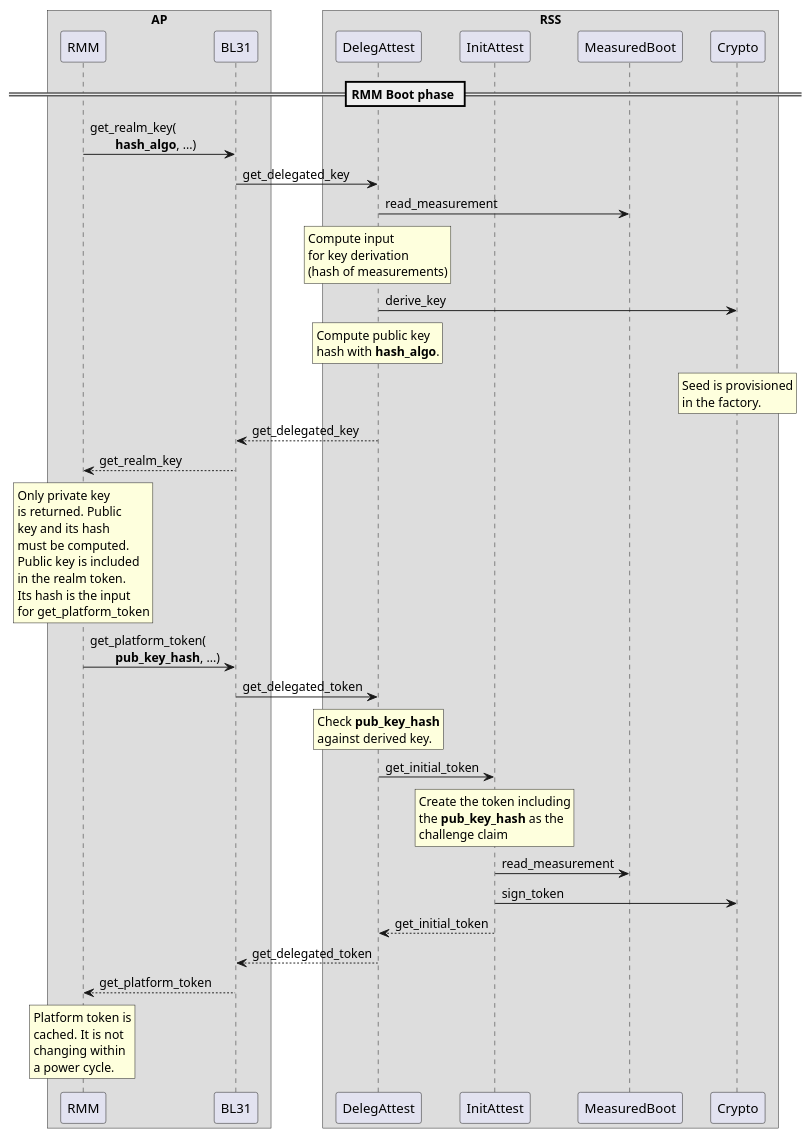
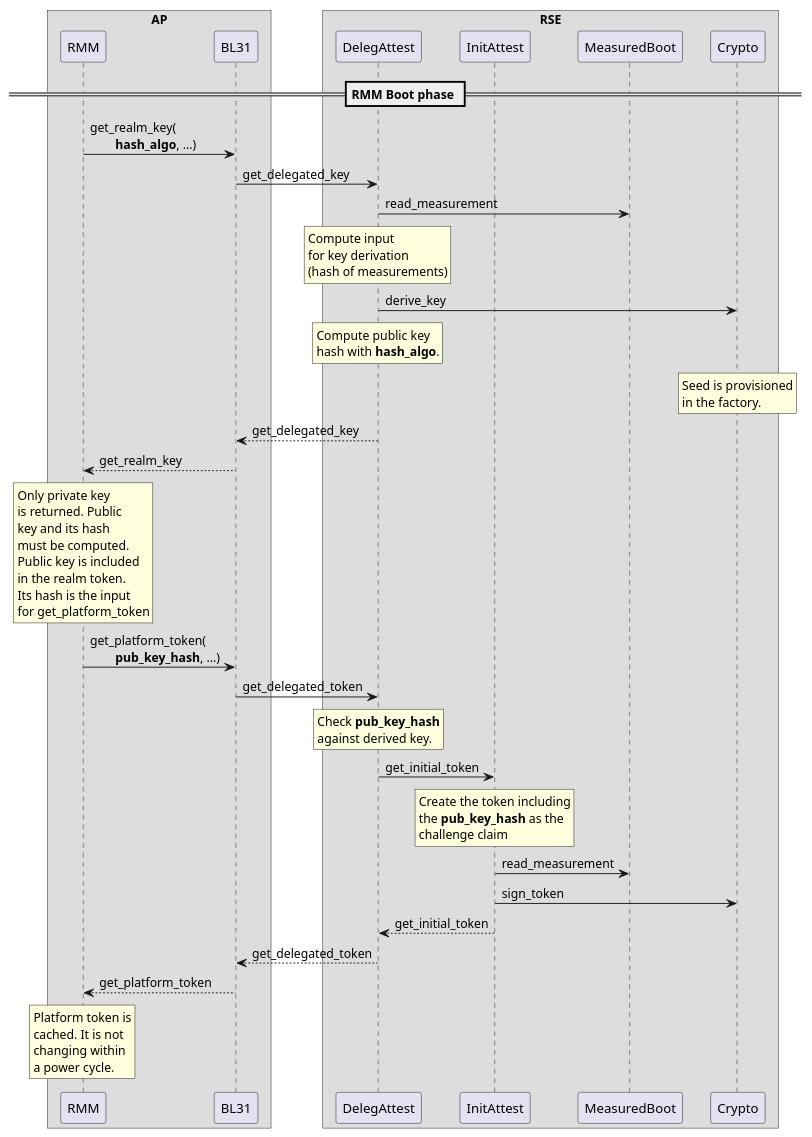
One commit to jolivain/trusted-firmware-a changed the diagram in docs/resources/diagrams/plantuml/rse_attestation_flow.puml. Above: the diagram before and after it, drawn with PlantUML. The commit also changed 13 other files, not shown here.

First line of the commit message:
docs: change all occurrences of RSS to RSE

```diff
--- a/docs/resources/diagrams/plantuml/rse_attestation_flow.puml
+++ b/docs/resources/diagrams/plantuml/rse_attestation_flow.puml
@@ -1,39 +1,39 @@
 @startuml
 skinparam ParticipantPadding 10
 skinparam BoxPadding 10
 box AP
 participant RMM
 participant BL31
 endbox
-box RSS
+box RSE
 participant DelegAttest
 participant InitAttest
 participant MeasuredBoot
 participant Crypto
 endbox
 
 == RMM Boot phase ==
 
 RMM -> BL31: get_realm_key(\n\t**hash_algo**, ...)
 BL31 -> DelegAttest: get_delegated_key
 DelegAttest -> MeasuredBoot: read_measurement
 Rnote over DelegAttest: Compute input\n\ for key derivation\n\ (hash of measurements)
 DelegAttest -> Crypto: derive_key
 Rnote over DelegAttest: Compute public key\n\ hash with **hash_algo**.
 Rnote over Crypto: Seed is provisioned\n\ in the factory.
 DelegAttest --> BL31: get_delegated_key
 BL31 --> RMM: get_realm_key
 Rnote over RMM: Only private key\n\ is returned. Public\n\ key and its hash\n\ must be computed.\n\
 Public key is included\n\ in the realm token.\n\ Its hash is the input\n\ for get_platform_token
 RMM -> BL31: get_platform_token(\n\t**pub_key_hash**, ...)
 BL31 -> DelegAttest: get_delegated_token
 Rnote over DelegAttest: Check **pub_key_hash**\n\ against derived key.
 DelegAttest -> InitAttest: get_initial_token
 Rnote over InitAttest: Create the token including\n\ the **pub_key_hash** as the\n\ challenge claim
 InitAttest -> MeasuredBoot: read_measurement
 InitAttest -> Crypto: sign_token
 InitAttest --> DelegAttest:  get_initial_token
 DelegAttest --> BL31: get_delegated_token
 BL31 --> RMM: get_platform_token
 Rnote over RMM: Platform token is\n\ cached. It is not\n\ changing within\n\ a power cycle.
 @enduml
```
